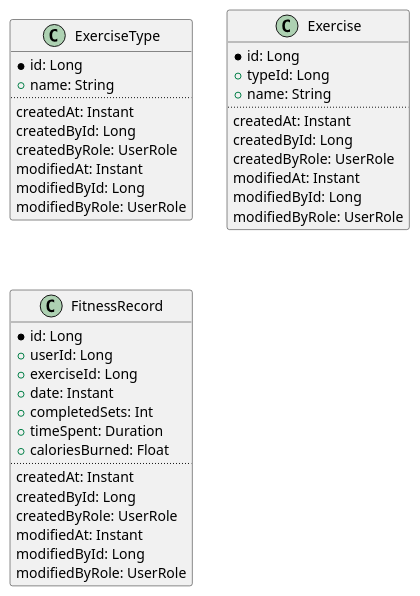
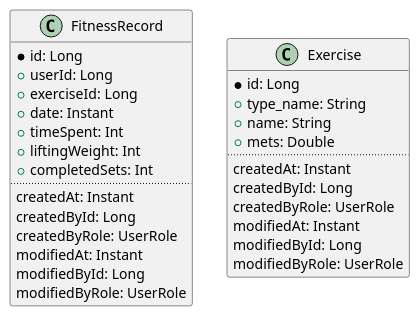
One commit to sweav-org/sweav-uml changed the diagram in class/record/fitness_record.puml. Above: the diagram before and after it, drawn with PlantUML. The commit also changed 4 other files, not shown here.

```diff
--- a/class/record/fitness_record.puml
+++ b/class/record/fitness_record.puml
@@ -1,47 +1,35 @@
 @startuml
 'https://plantuml.com/class-diagram
 
-class ExerciseType {
+class FitnessRecord {
   *id: Long
-  +name: String
+  +userId: Long
+  +exerciseId: Long
+  +date: Instant
+  +timeSpent: Int /' timeSpent or liftingWeight, completedSets 중 하나만 기입 가능 '/
+  +liftingWeight: Int /' timeSpent or liftingWeight, completedSets 중 하나만 기입 가능 '/
+  +completedSets: Int /' timeSpent or liftingWeight, completedSets 중 하나만 기입 가능 '/
   ..
   createdAt: Instant
   createdById: Long
   createdByRole: UserRole
   modifiedAt: Instant
   modifiedById: Long
   modifiedByRole: UserRole
 }
 
 class Exercise {
   *id: Long
-  +typeId: Long
+  +type_name: String
   +name: String
-  ..
-  createdAt: Instant
-  createdById: Long
-  createdByRole: UserRole
-  modifiedAt: Instant
-  modifiedById: Long
-  modifiedByRole: UserRole
-}
-
-
-class FitnessRecord {
-  *id: Long
-  +userId: Long
-  +exerciseId: Long
-  +date: Instant
-  +completedSets: Int /' completedSets, timeSpent 중 하나만 기입 가능 '/
-  +timeSpent: Duration /' completedSets, timeSpent 중 하나만 기입 가능 '/
-  +caloriesBurned: Float
+  +mets: Double
   ..
   createdAt: Instant
   createdById: Long
   createdByRole: UserRole
   modifiedAt: Instant
   modifiedById: Long
   modifiedByRole: UserRole
 }
 
 @enduml
```
